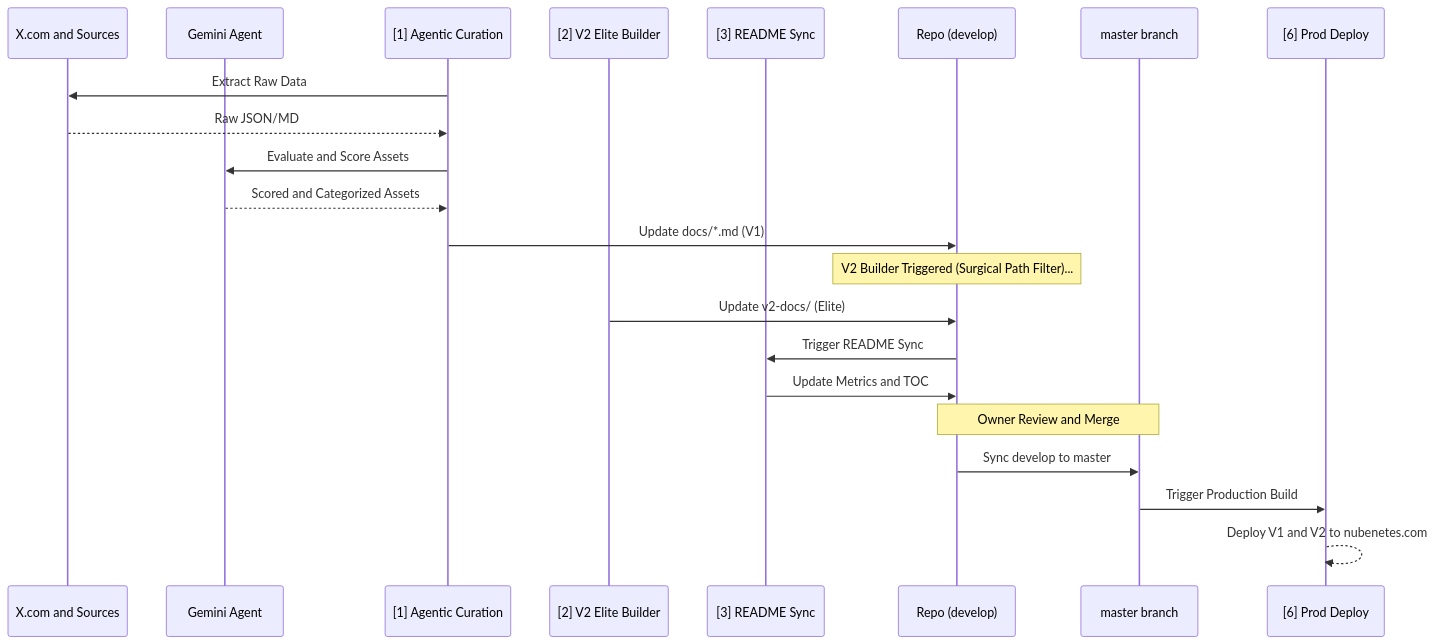
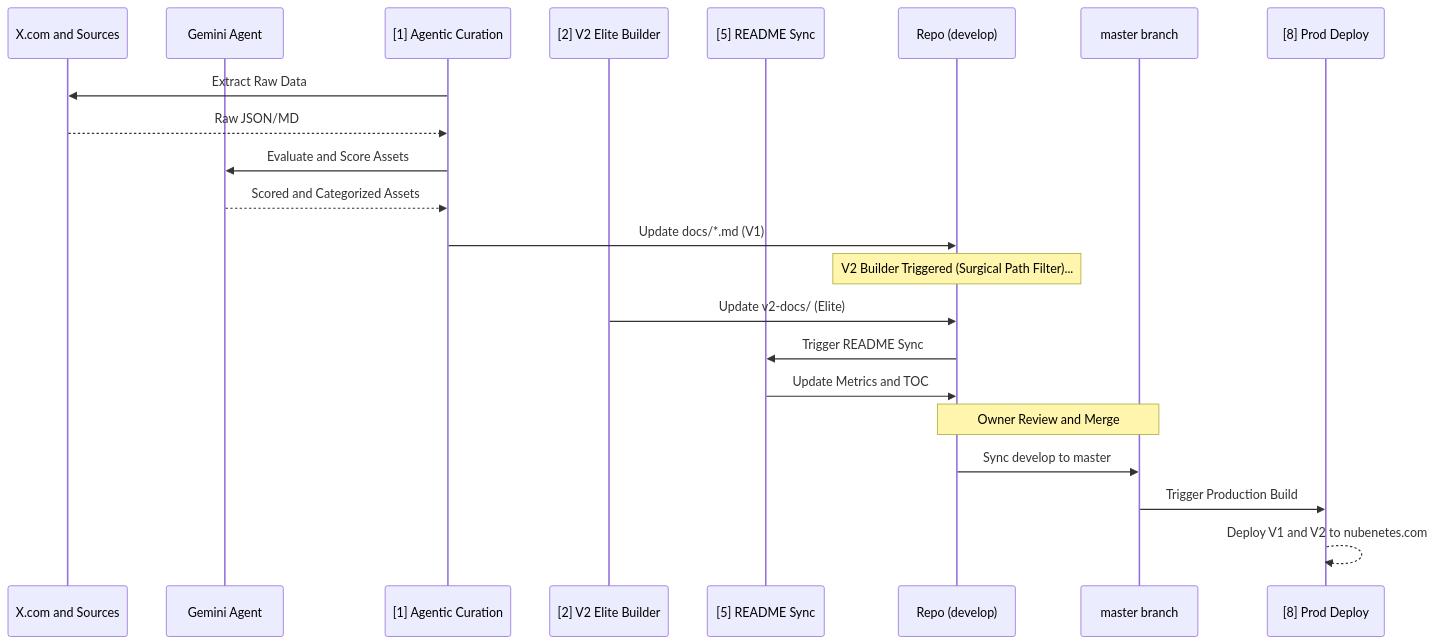
One commit to sec-js/awesome-kubernetes changed the ninth of 10 diagrams in README.md. Above: the diagram before and after it, drawn with Mermaid. The commit also changed other lines of this file and 2 other files, not shown here.

Commit message:
docs: sync workflow manual inputs in README and normalize curation sources

````diff
--- a/README.md
+++ b/README.md
@@ -692,25 +692,25 @@
 ```mermaid
 sequenceDiagram
     participant X as X.com and Sources
     participant G as Gemini Agent
     participant W1 as [1] Agentic Curation
     participant W2 as [2] V2 Elite Builder
-    participant W3 as [3] README Sync
+    participant W3 as [5] README Sync
     participant R as Repo (develop)
     participant M as master branch
-    participant P as [6] Prod Deploy
+    participant P as [8] Prod Deploy
 
     W1->>X: Extract Raw Data
     X-->>W1: Raw JSON/MD
     W1->>G: Evaluate and Score Assets
     G-->>W1: Scored and Categorized Assets
     W1->>R: Update docs/*.md (V1)
     Note over R: V2 Builder Triggered (Surgical Path Filter)...
     W2->>R: Update v2-docs/ (Elite)
     R->>W3: Trigger README Sync
     W3->>R: Update Metrics and TOC
     Note over R, M: Owner Review and Merge
     R->>M: Sync develop to master
     M->>P: Trigger Production Build
     P-->>P: Deploy V1 and V2 to nubenetes.com
 ```
````
